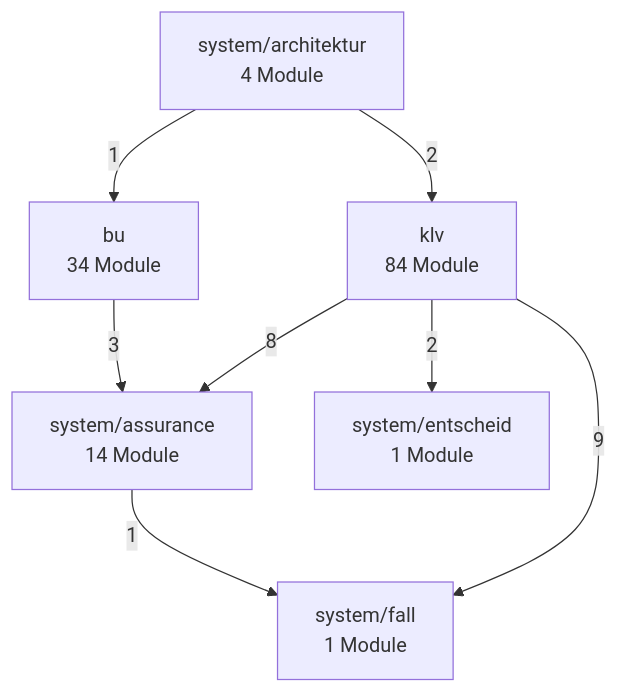
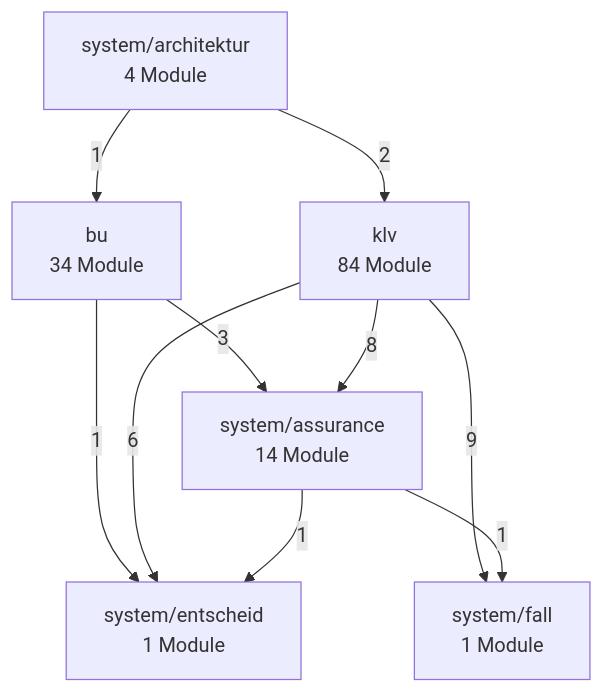
The second of 3 diagrams in docs/architektur/landkarte.md (bartlmac/rechner-pipeline), drawn with Mermaid before and after one commit. The commit also changed other lines of this file and 10 other files, not shown here.

````diff
--- a/docs/architektur/landkarte.md
+++ b/docs/architektur/landkarte.md
@@ -78,17 +78,19 @@
 ```mermaid
 %% Fachknoten — erzeugt von ontologie.landkarte
 flowchart TD
     bu["bu<br/>34 Module"]
     klv["klv<br/>84 Module"]
     system_architektur["system/architektur<br/>4 Module"]
     system_assurance["system/assurance<br/>14 Module"]
     system_entscheid["system/entscheid<br/>1 Module"]
     system_fall["system/fall<br/>1 Module"]
     bu -- 3 --> system_assurance
+    bu -- 1 --> system_entscheid
     klv -- 8 --> system_assurance
-    klv -- 2 --> system_entscheid
+    klv -- 6 --> system_entscheid
     klv -- 9 --> system_fall
     system_architektur -- 1 --> bu
     system_architektur -- 2 --> klv
+    system_assurance -- 1 --> system_entscheid
     system_assurance -- 1 --> system_fall
 ```
````
